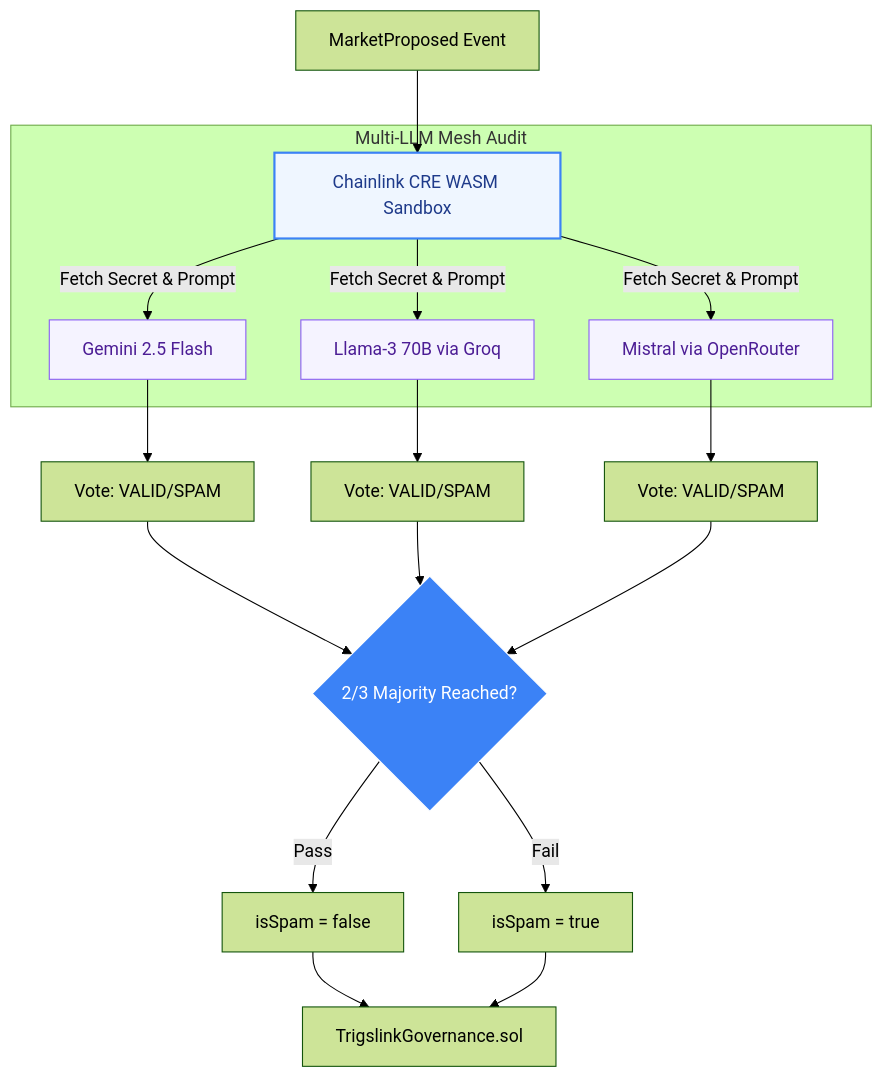
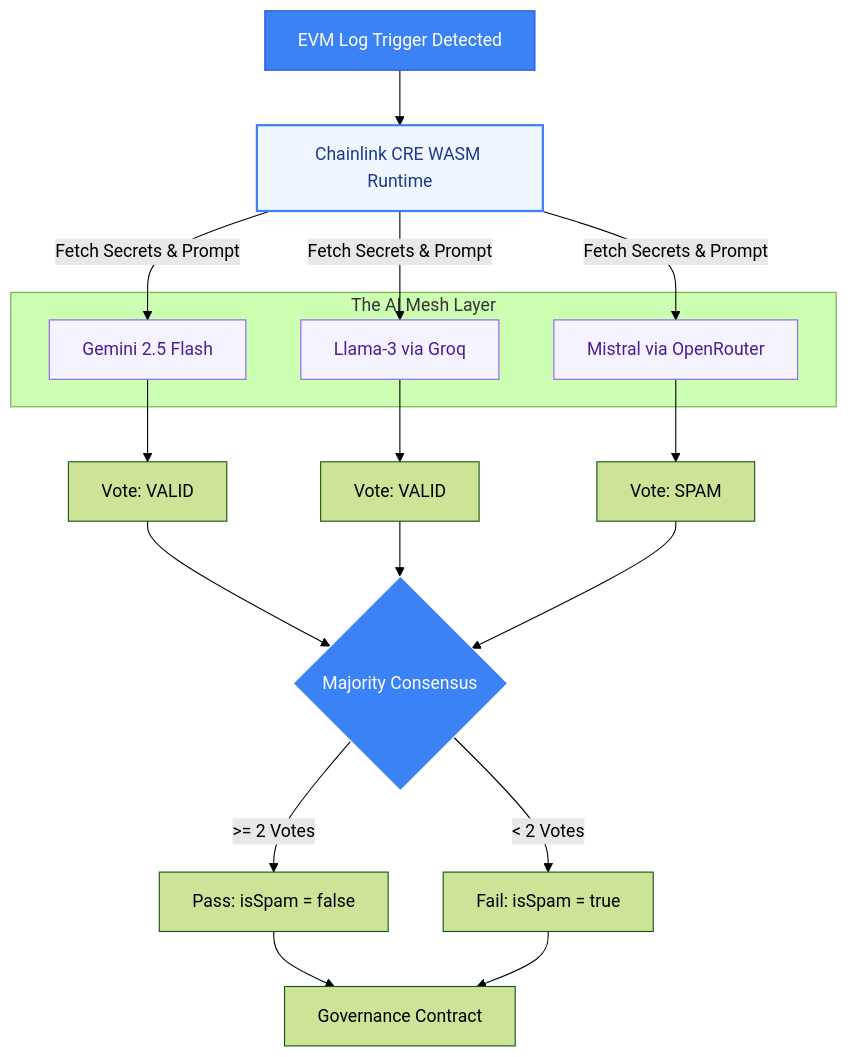
One commit to Trigs-link/trigslink changed the second of 3 diagrams in README.md. Above: the diagram before and after it, drawn with Mermaid (forest theme). The commit also changed other lines of this file, not shown here.

````diff
--- a/README.md
+++ b/README.md
@@ -129,26 +131,50 @@
 ```mermaid
 graph TD
-    Event[MarketProposed Event] --> WASM[Chainlink CRE WASM Sandbox]
+    %% Define Nodes
+    Event[EVM Log Trigger Detected]
+    WASM[Chainlink CRE WASM Runtime]
     
-    subgraph "Multi-LLM Mesh Audit"
-        WASM -->|Fetch Secret & Prompt| G[Gemini 2.5 Flash]
-        WASM -->|Fetch Secret & Prompt| L[Llama-3 70B via Groq]
-        WASM -->|Fetch Secret & Prompt| M[Mistral via OpenRouter]
+    subgraph "The AI Mesh Layer"
+        G[Gemini 2.5 Flash]
+        L[Llama-3 via Groq]
+        M[Mistral via OpenRouter]
     end
     
-    G --> Vote1[Vote: VALID/SPAM]
-    L --> Vote2[Vote: VALID/SPAM]
-    M --> Vote3[Vote: VALID/SPAM]
+    Vote1[Vote: VALID]
+    Vote2[Vote: VALID]
+    Vote3[Vote: SPAM]
     
-    Vote1 & Vote2 & Vote3 --> Consensus{2/3 Majority Reached?}
-    Consensus -->|Pass| Valid[isSpam = false]
-    Consensus -->|Fail| Spam[isSpam = true]
+    Consensus{Majority Consensus}
+    Pass[Pass: isSpam = false]
+    Fail[Fail: isSpam = true]
+    Gov[Governance Contract]
+
+    %% Connections
+    Event --> WASM
     
-    Valid & Spam --> Gov[TrigslinkGovernance.sol]
+    WASM -->|Fetch Secrets & Prompt| G
+    WASM -->|Fetch Secrets & Prompt| L
+    WASM -->|Fetch Secrets & Prompt| M
     
+    G --> Vote1
+    L --> Vote2
+    M --> Vote3
+    
+    Vote1 --> Consensus
+    Vote2 --> Consensus
+    Vote3 --> Consensus
+    
+    Consensus -->|>= 2 Votes| Pass
+    Consensus -->|< 2 Votes| Fail
+    
+    Pass --> Gov
+    Fail --> Gov
+
+    %% Styling
+    style Event fill:#3b82f6,stroke:#1d4ed8,color:#fff
     style WASM fill:#eff6ff,stroke:#3b82f6,stroke-width:2px,color:#1e3a8a
     style G fill:#f5f3ff,stroke:#8b5cf6,color:#4c1d95
     style L fill:#f5f3ff,stroke:#8b5cf6,color:#4c1d95
     style M fill:#f5f3ff,stroke:#8b5cf6,color:#4c1d95
     style Consensus fill:#3b82f6,stroke:#fff,color:#fff
 ```
````
